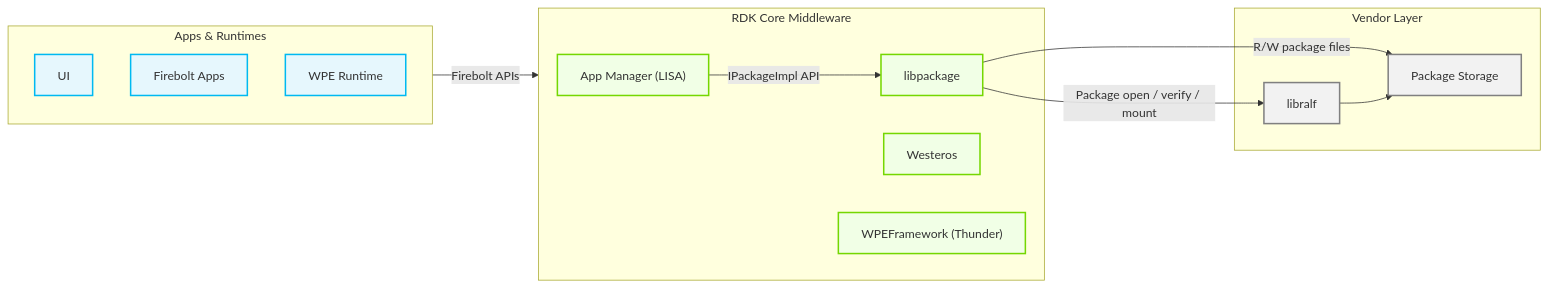
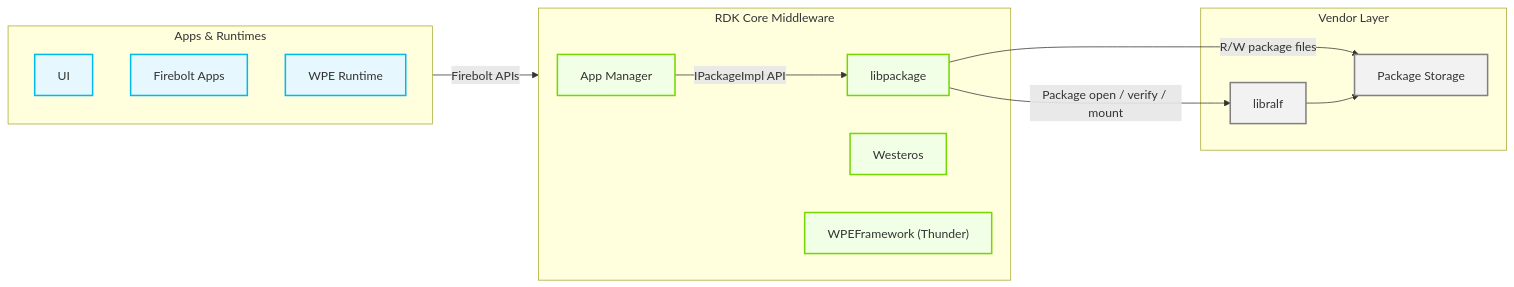
Before and after one commit to rns21/RDK_Documentation: the first of 6 diagrams in docs/docu/RDKV-Documentations/libpackage.md, drawn with Mermaid. The commit also changed other lines of this file, not shown here.

````diff
--- a/docs/docu/RDKV-Documentations/libpackage.md
+++ b/docs/docu/RDKV-Documentations/libpackage.md
@@ -11,39 +11,39 @@
 ```mermaid
 flowchart LR
 
 %% Styles
 classDef Apps stroke:#00B9F1,fill:#E6F7FD,stroke-width:2px;
 classDef RDKMW stroke:#75D701,fill:#F1FFE6,stroke-width:2px;
 classDef VL stroke:#808080,fill:#F2F2F2,stroke-width:2px;
 
 %% Apps Layer
     subgraph Apps["Apps & Runtimes"]
         RDKUI["UI"]
         FBApps["Firebolt Apps"]
         WPE_RT["WPE Runtime"]
     end
 
 %% Middleware
     subgraph RDKMW["RDK Core Middleware"]
-        AM["App Manager (LISA)"]
+        AM["App Manager"]
         libpkg["libpackage"]
         Westeros["Westeros"]
         Thunder["WPEFramework (Thunder)"]
     end
 
 %% Vendor Layer
     subgraph VL["Vendor Layer"]
         ralflib["libralf"]
         PkgStore["Package Storage"]
     end
 
     Apps -->|"Firebolt APIs"| RDKMW
     AM -->|"IPackageImpl API"| libpkg
     libpkg -->|"Package open / verify / mount"| ralflib
     libpkg -->|"R/W package files"| PkgStore
     ralflib --> PkgStore
 
     class RDKUI,FBApps,WPE_RT Apps
     class AM,libpkg,Westeros,Thunder RDKMW
     class ralflib,PkgStore VL
 ```
````
